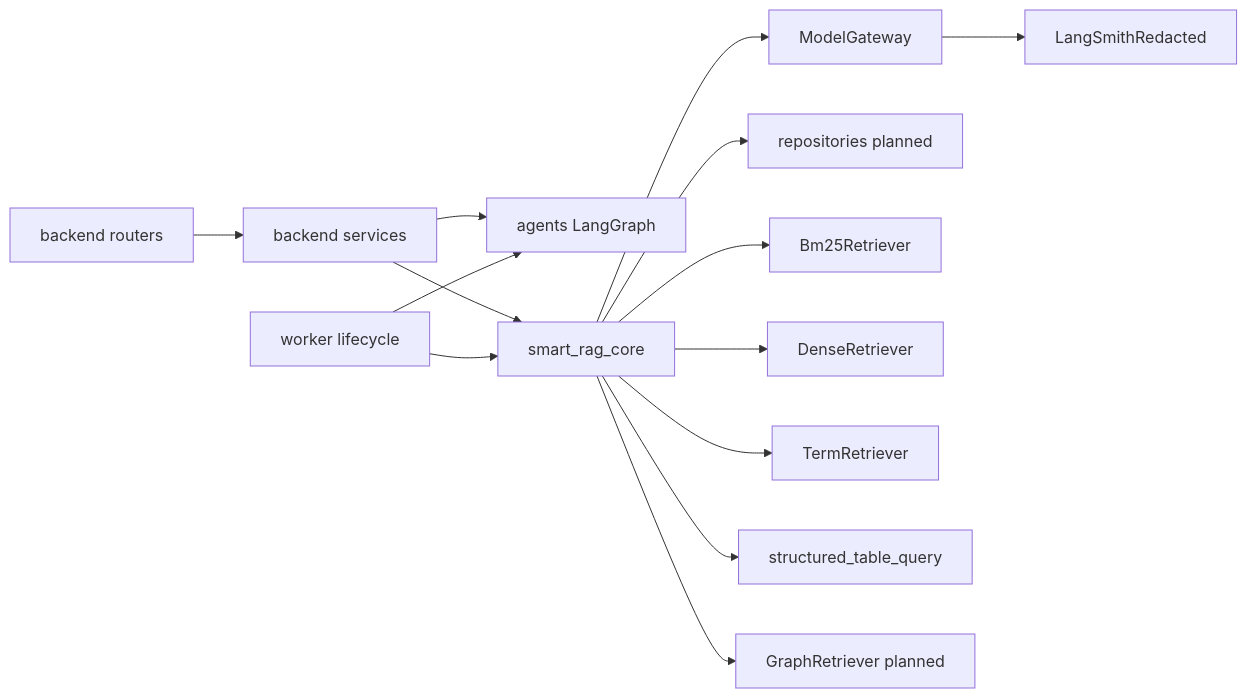
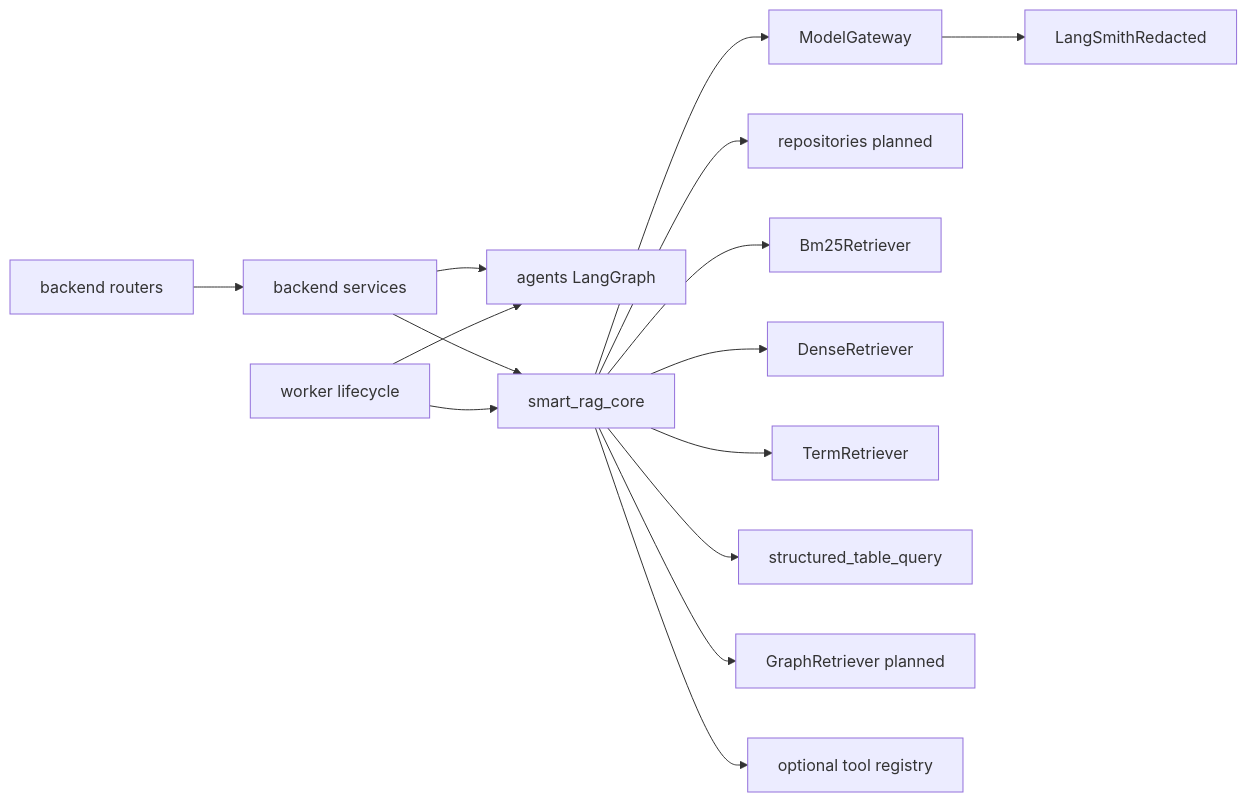
Before and after one commit to Nagdy8888/smart-rag: the diagram in docs/architecture/03-components.md, drawn with Mermaid. The commit also changed other lines of this file and 42 other files, not shown here.

Commit message:
Keep optional tools behind deterministic mapping so core retrieval never pays a catalog discovery round.

````diff
--- a/docs/architecture/03-components.md
+++ b/docs/architecture/03-components.md
@@ -11,16 +11,17 @@
 ```mermaid
 flowchart LR
   routers["backend routers"] --> services["backend services"]
   services --> graphs["agents LangGraph"]
   services --> core["smart_rag_core"]
   worker["worker lifecycle"] --> graphs
   worker --> core
   core --> gw["ModelGateway"]
   gw --> langsmith["LangSmithRedacted"]
   core --> repos["repositories planned"]
   core --> bm25["Bm25Retriever"]
   core --> dense["DenseRetriever"]
   core --> terms["TermRetriever"]
   core --> tables["structured_table_query"]
   core --> graphR["GraphRetriever planned"]
+  core --> tools["optional tool registry"]
 ```
````
